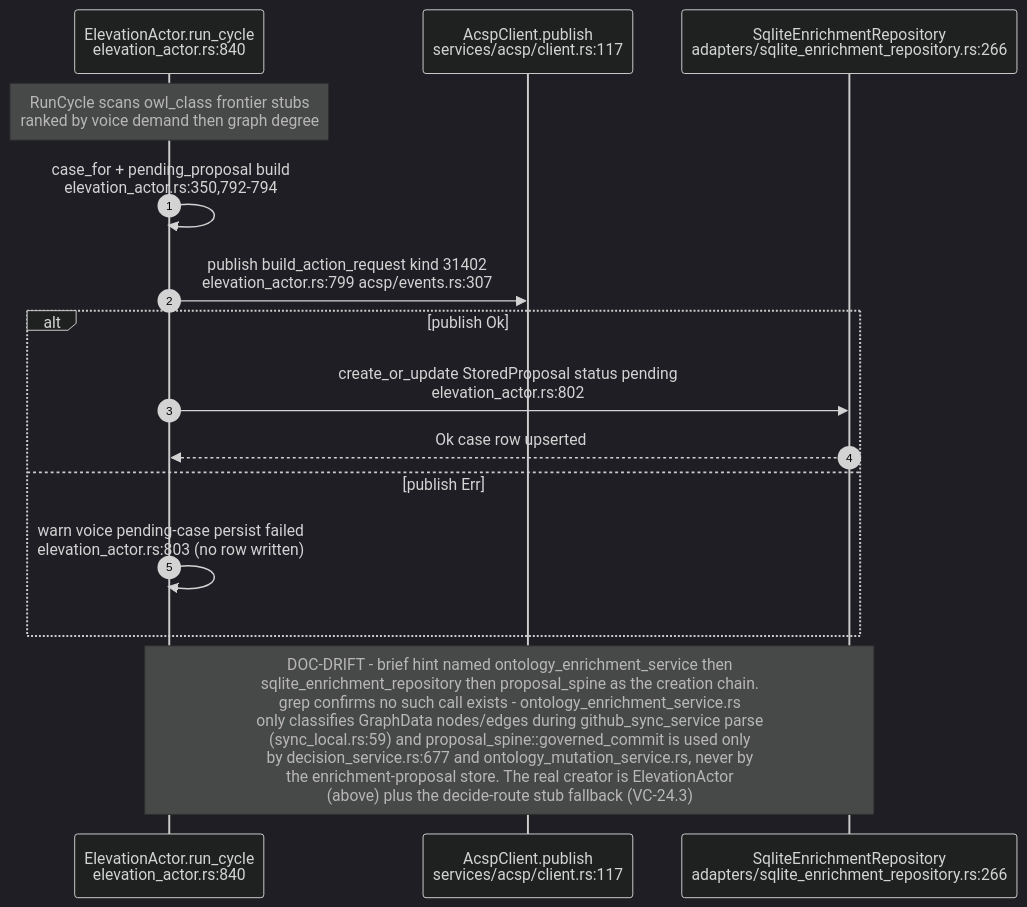
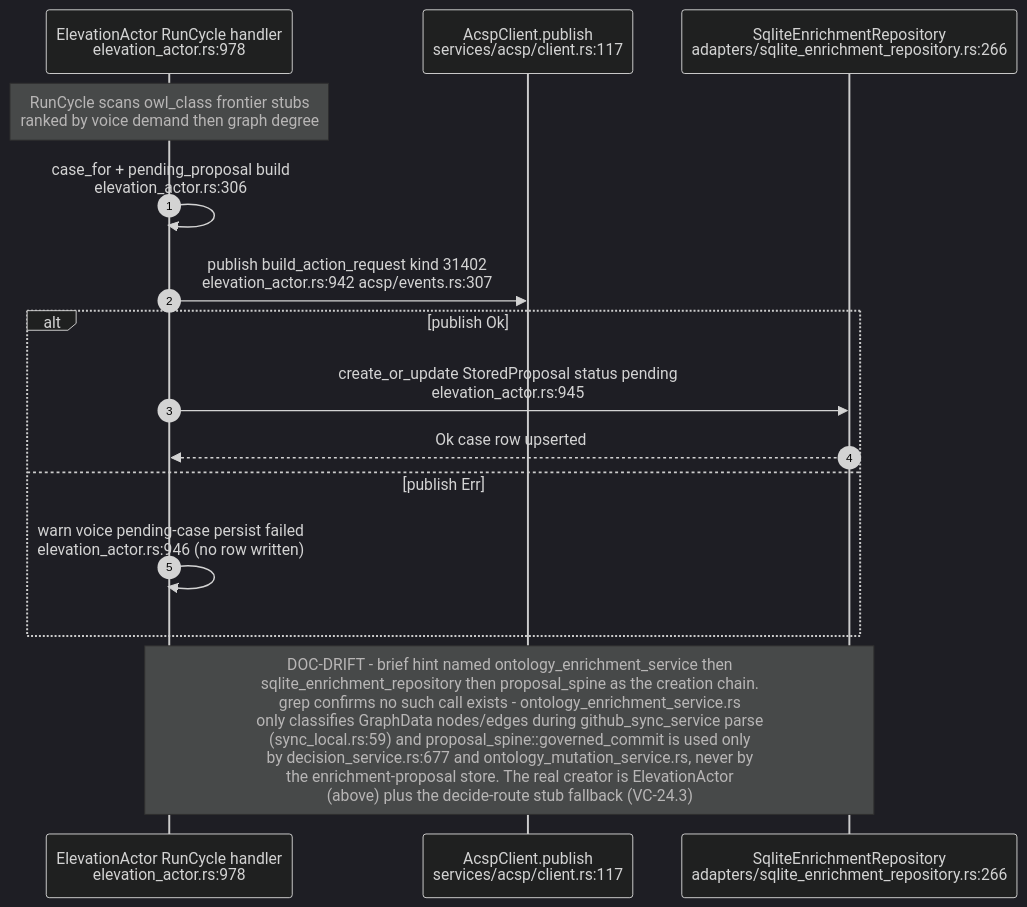
One commit to DreamLab-AI/VisionFlow changed the second of 11 diagrams in docs/diagrams/visionclaw/24-acsp-decision-elevation.md. Above: the diagram before and after it, drawn with Mermaid (dark theme). The commit also changed other lines of this file and 32 other files, not shown here.

````diff
--- a/docs/diagrams/visionclaw/24-acsp-decision-elevation.md
+++ b/docs/diagrams/visionclaw/24-acsp-decision-elevation.md
@@ -66,17 +68,17 @@
 ```mermaid
 sequenceDiagram
     autonumber
-    participant EA as ElevationActor.run_cycle<br/>elevation_actor.rs:840
+    participant EA as ElevationActor RunCycle handler<br/>elevation_actor.rs:978
     participant ACSP as AcspClient.publish<br/>services/acsp/client.rs:117
     participant REPO as SqliteEnrichmentRepository<br/>adapters/sqlite_enrichment_repository.rs:266
     Note over EA: RunCycle scans owl_class frontier stubs<br/>ranked by voice demand then graph degree
-    EA->>EA: case_for + pending_proposal build<br/>elevation_actor.rs:350,792-794
-    EA->>ACSP: publish build_action_request kind 31402<br/>elevation_actor.rs:799 acsp/events.rs:307
+    EA->>EA: case_for + pending_proposal build<br/>elevation_actor.rs:306
+    EA->>ACSP: publish build_action_request kind 31402<br/>elevation_actor.rs:942 acsp/events.rs:307
     alt publish Ok
-        EA->>REPO: create_or_update StoredProposal status pending<br/>elevation_actor.rs:802
+        EA->>REPO: create_or_update StoredProposal status pending<br/>elevation_actor.rs:945
         REPO-->>EA: Ok case row upserted
     else publish Err
-        EA->>EA: warn voice pending-case persist failed<br/>elevation_actor.rs:803 (no row written)
+        EA->>EA: warn voice pending-case persist failed<br/>elevation_actor.rs:946 (no row written)
     end
     Note over EA,REPO: DOC-DRIFT - brief hint named ontology_enrichment_service then<br/>sqlite_enrichment_repository then proposal_spine as the creation chain.<br/>grep confirms no such call exists - ontology_enrichment_service.rs<br/>only classifies GraphData nodes/edges during github_sync_service parse<br/>(sync_local.rs:59) and proposal_spine::governed_commit is used only<br/>by decision_service.rs:677 and ontology_mutation_service.rs, never by<br/>the enrichment-proposal store. The real creator is ElevationActor<br/>(above) plus the decide-route stub fallback (VC-24.3)
 ```
````
